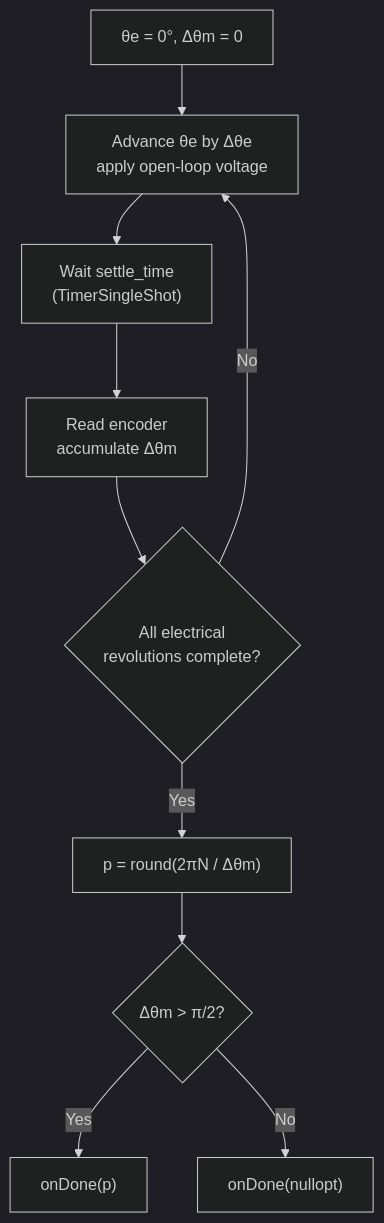
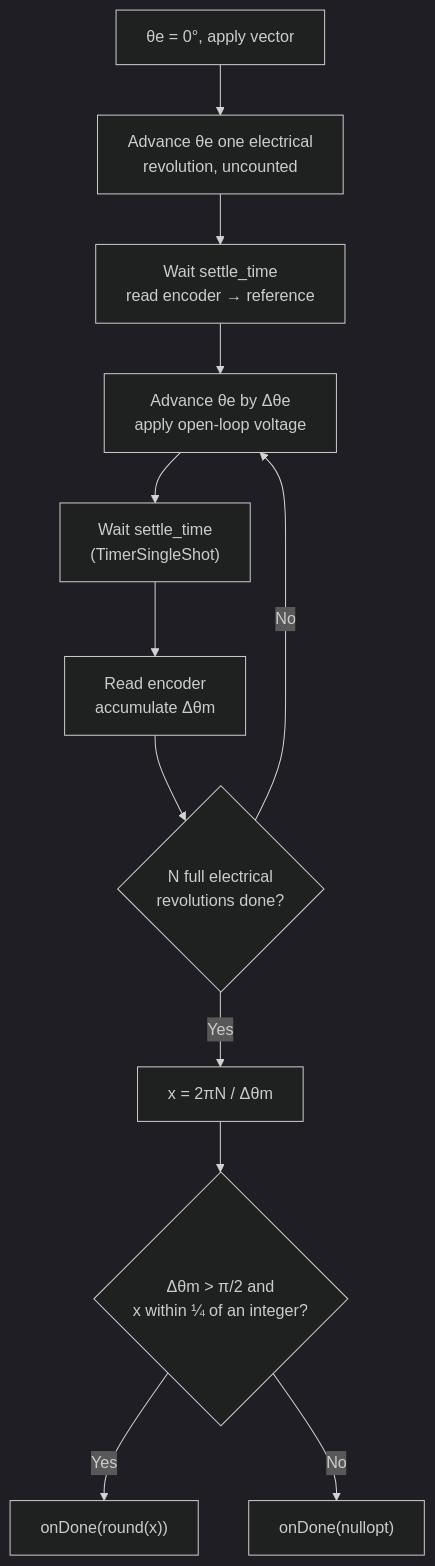
One commit to embedded-pro/e-foc changed the fifth of 5 diagrams in documentation/design/service-electrical-ident.md. Above: the diagram before and after it, drawn with Mermaid (dark theme). The commit also changed other lines of this file and 3 other files, not shown here.

````diff
--- a/documentation/design/service-electrical-ident.md
+++ b/documentation/design/service-electrical-ident.md
@@ -265,12 +279,14 @@
 ```mermaid
 flowchart TD
-    START["θe = 0°, Δθm = 0"] --> STEP["Advance θe by Δθe\napply open-loop voltage"]
+    START["θe = 0°, apply vector"] --> LEAD["Advance θe one electrical\nrevolution, uncounted"]
+    LEAD --> REF["Wait settle_time\nread encoder → reference"]
+    REF --> STEP["Advance θe by Δθe\napply open-loop voltage"]
     STEP --> SETTLE["Wait settle_time\n(TimerSingleShot)"]
     SETTLE --> READ["Read encoder\naccumulate Δθm"]
-    READ --> CHECK{"All electrical\nrevolutions complete?"}
+    READ --> CHECK{"N full electrical\nrevolutions done?"}
     CHECK -->|No| STEP
-    CHECK -->|Yes| CALC["p = round(2πN / Δθm)"]
-    CALC --> VALID{"Δθm > π/2?"}
-    VALID -->|Yes| CB_OK["onDone(p)"]
+    CHECK -->|Yes| CALC["x = 2πN / Δθm"]
+    CALC --> VALID{"Δθm > π/2 and\nx within ¼ of an integer?"}
+    VALID -->|Yes| CB_OK["onDone(round(x))"]
     VALID -->|No| CB_FAIL["onDone(nullopt)"]
 ```
````
